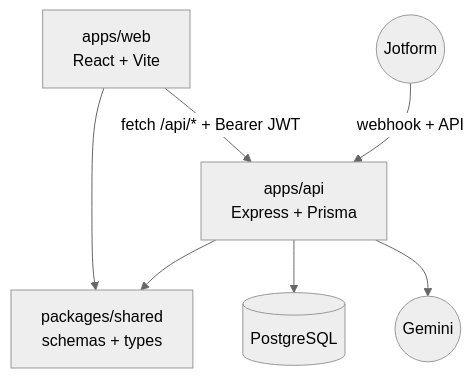
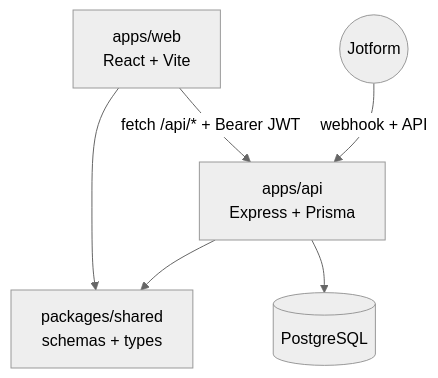
The diagram in docs/arquitectura.md (Gustav0AB/epi-web), drawn with Mermaid (neutral theme) before and after one commit. The commit also changed other lines of this file and 57 other files, not shown here.

````diff
--- a/docs/arquitectura.md
+++ b/docs/arquitectura.md
@@ -13,9 +13,8 @@
 ```mermaid
 graph TD
     Web["apps/web<br/>React + Vite"] --> Shared["packages/shared<br/>schemas + types"]
     Api["apps/api<br/>Express + Prisma"] --> Shared
     Web -->|"fetch /api/* + Bearer JWT"| Api
     Api --> DB[("PostgreSQL")]
     Jotform((Jotform)) -->|"webhook + API"| Api
-    Api --> Gemini((Gemini))
 ```
````
